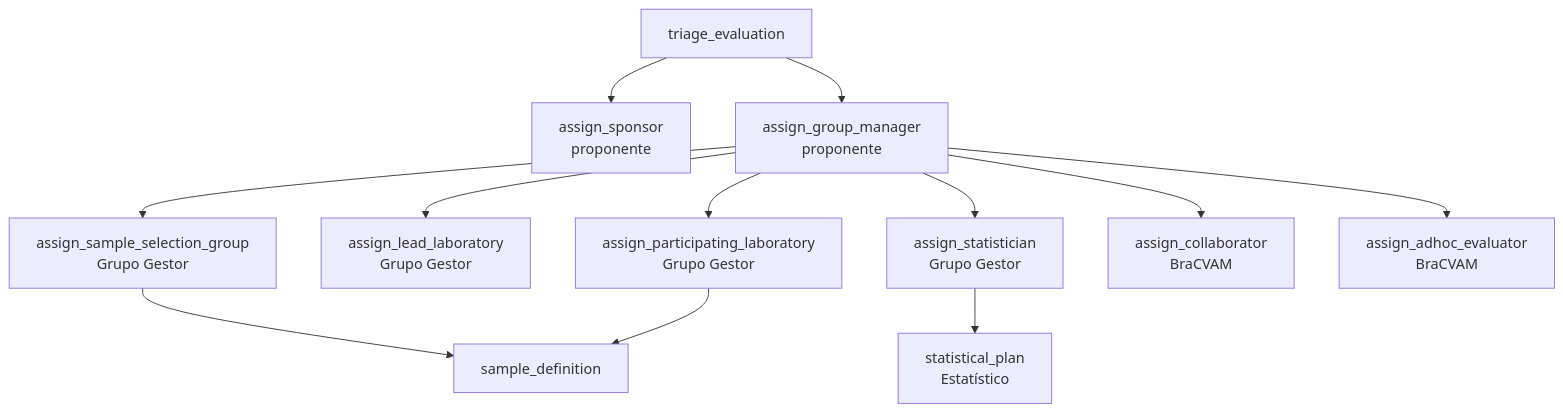
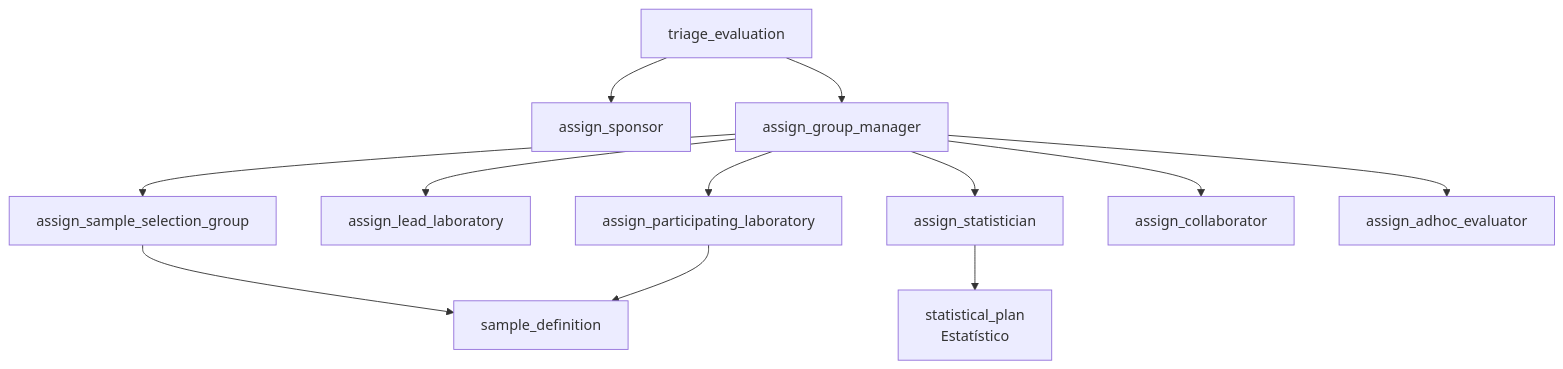
The diagram in manual/guias/designar-participantes.md (pivma-bracvam/pivma-back), drawn with Mermaid before and after one commit. The commit also changed other lines of this file and 35 other files, not shown here.

First line of the commit message:
feat(participants): BraCVAM designa todos os cargos da Fase 2

````diff
--- a/manual/guias/designar-participantes.md
+++ b/manual/guias/designar-participantes.md
@@ -19,14 +19,14 @@
 ```mermaid
 flowchart TD
-    T[triage_evaluation] --> S[assign_sponsor<br/>proponente]
-    T --> GM[assign_group_manager<br/>proponente]
-    GM --> SSG[assign_sample_selection_group<br/>Grupo Gestor]
-    GM --> LL[assign_lead_laboratory<br/>Grupo Gestor]
-    GM --> PL[assign_participating_laboratory<br/>Grupo Gestor]
-    GM --> ST[assign_statistician<br/>Grupo Gestor]
-    GM --> CO[assign_collaborator<br/>BraCVAM]
-    GM --> AH[assign_adhoc_evaluator<br/>BraCVAM]
+    T[triage_evaluation] --> S[assign_sponsor]
+    T --> GM[assign_group_manager]
+    GM --> SSG[assign_sample_selection_group]
+    GM --> LL[assign_lead_laboratory]
+    GM --> PL[assign_participating_laboratory]
+    GM --> ST[assign_statistician]
+    GM --> CO[assign_collaborator]
+    GM --> AH[assign_adhoc_evaluator]
     SSG --> SD[sample_definition]
     PL --> SD
     ST --> SP[statistical_plan<br/>Estatístico]
 ```
````
